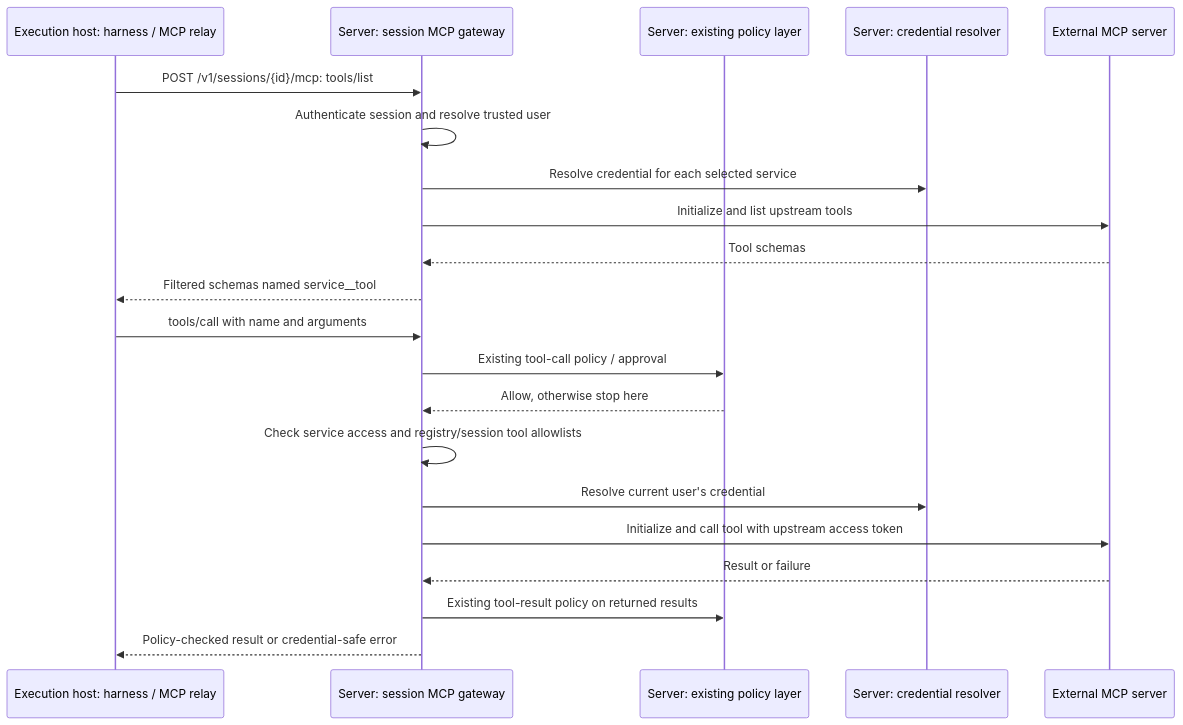
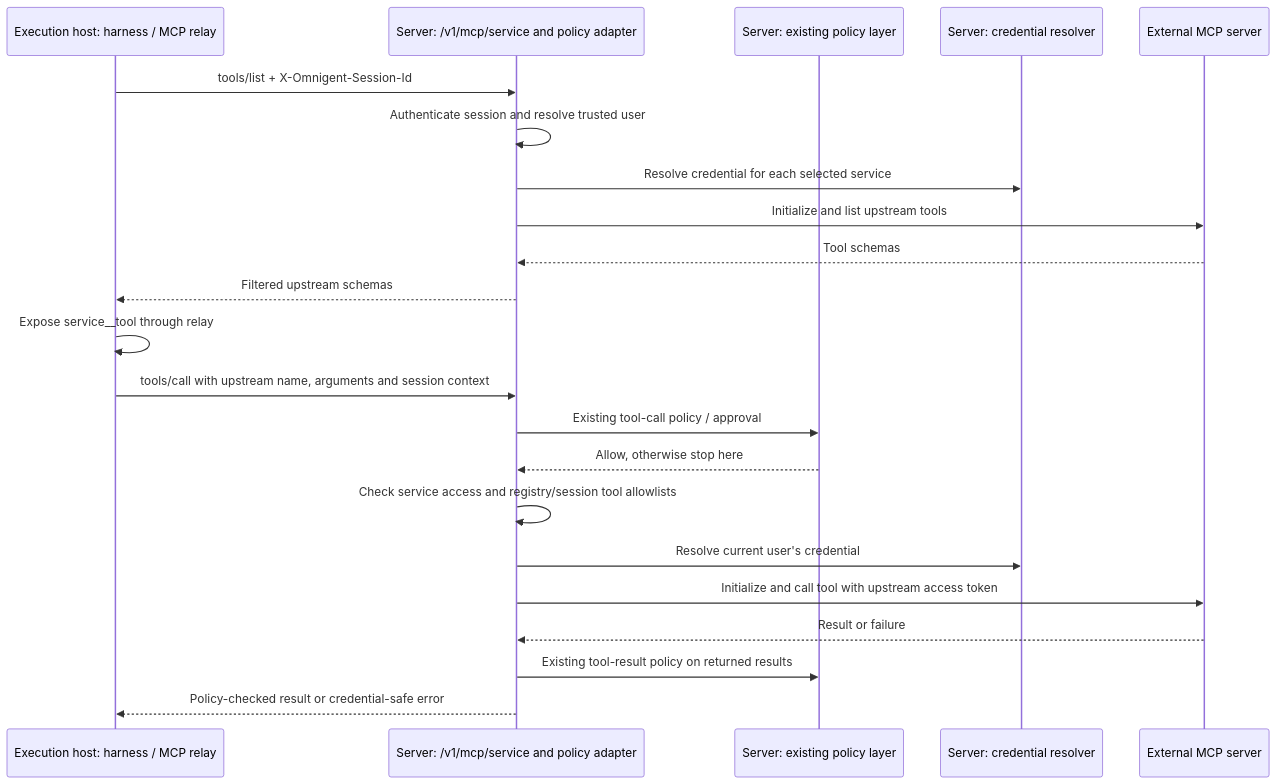
One commit to omnigent-ai/omnigent changed the third of 7 diagrams in designs/MCP_REGISTRY_GATEWAY.md. Above: the diagram before and after it, drawn with Mermaid. The commit also changed other lines of this file and 19 other files, not shown here.

Commit message:
Separate managed MCP gateway routing from session policy context

````diff
--- a/designs/MCP_REGISTRY_GATEWAY.md
+++ b/designs/MCP_REGISTRY_GATEWAY.md
@@ -110,23 +111,24 @@
 ```mermaid
 sequenceDiagram
   participant H as Execution host: harness / MCP relay
-  participant G as Server: session MCP gateway
+  participant G as Server: /v1/mcp/service and policy adapter
   participant P as Server: existing policy layer
   participant C as Server: credential resolver
   participant M as External MCP server
-  H->>G: POST /v1/sessions/{id}/mcp: tools/list
+  H->>G: tools/list + X-Omnigent-Session-Id
   G->>G: Authenticate session and resolve trusted user
   G->>C: Resolve credential for each selected service
   G->>M: Initialize and list upstream tools
   M-->>G: Tool schemas
-  G-->>H: Filtered schemas named service__tool
-  H->>G: tools/call with name and arguments
+  G-->>H: Filtered upstream schemas
+  H->>H: Expose service__tool through relay
+  H->>G: tools/call with upstream name, arguments and session context
   G->>P: Existing tool-call policy / approval
   P-->>G: Allow, otherwise stop here
   G->>G: Check service access and registry/session tool allowlists
   G->>C: Resolve current user's credential
   G->>M: Initialize and call tool with upstream access token
   M-->>G: Result or failure
   G->>P: Existing tool-result policy on returned results
   G-->>H: Policy-checked result or credential-safe error
 ```
````
